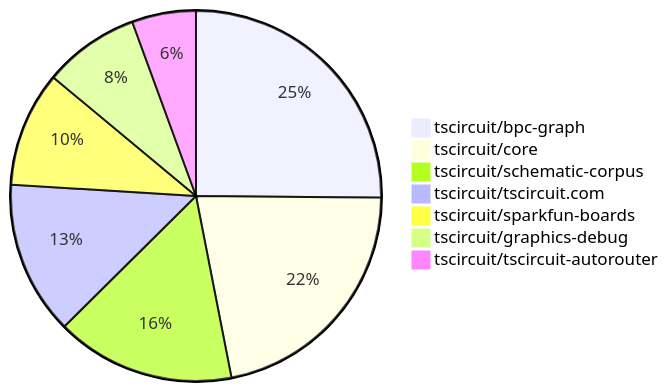
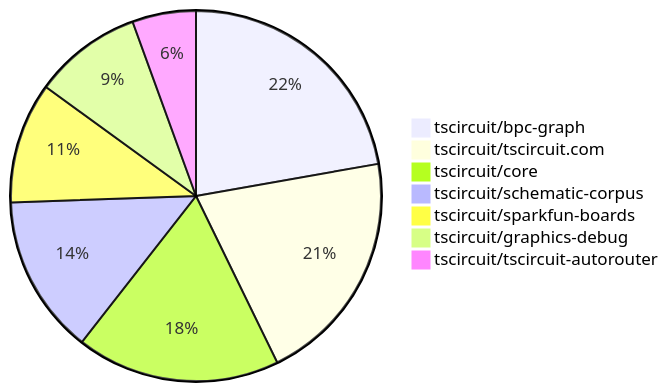
One commit to tscircuit/contribution-tracker changed the second of 2 diagrams in README.md. Above: the diagram before and after it, drawn with Mermaid. The commit also changed other lines of this file and 12 other files, not shown here.

````diff
--- a/README.md
+++ b/README.md
@@ -165,10 +165,10 @@
 ```mermaid
 pie
-    "tscircuit/bpc-graph" : 45
-    "tscircuit/core" : 39
-    "tscircuit/schematic-corpus" : 28
-    "tscircuit/tscircuit.com" : 24
-    "tscircuit/sparkfun-boards" : 18
-    "tscircuit/graphics-debug" : 15
+    "tscircuit/bpc-graph" : 40
+    "tscircuit/tscircuit.com" : 37
+    "tscircuit/core" : 32
+    "tscircuit/schematic-corpus" : 25
+    "tscircuit/sparkfun-boards" : 19
+    "tscircuit/graphics-debug" : 17
     "tscircuit/tscircuit-autorouter" : 10
 ```
````
